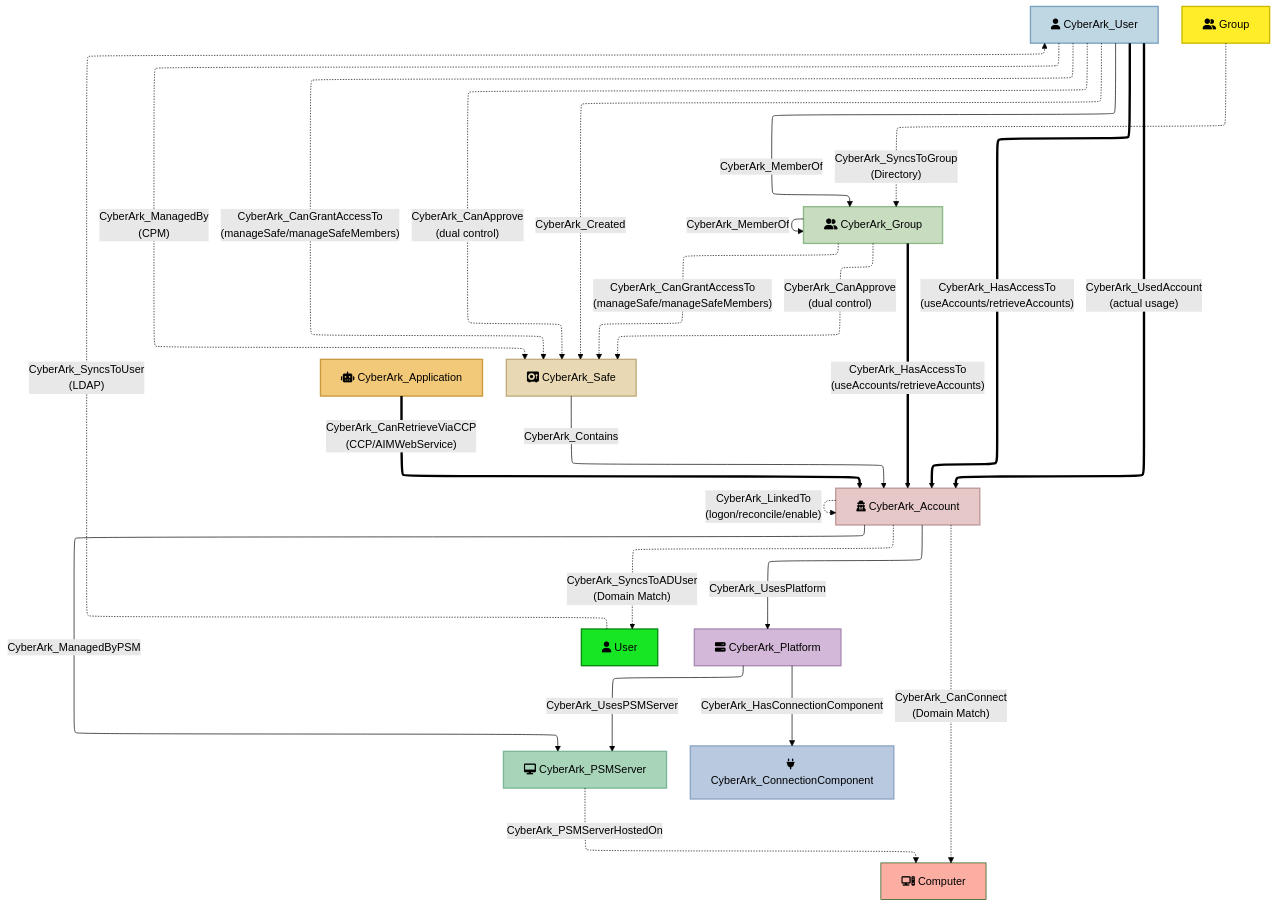
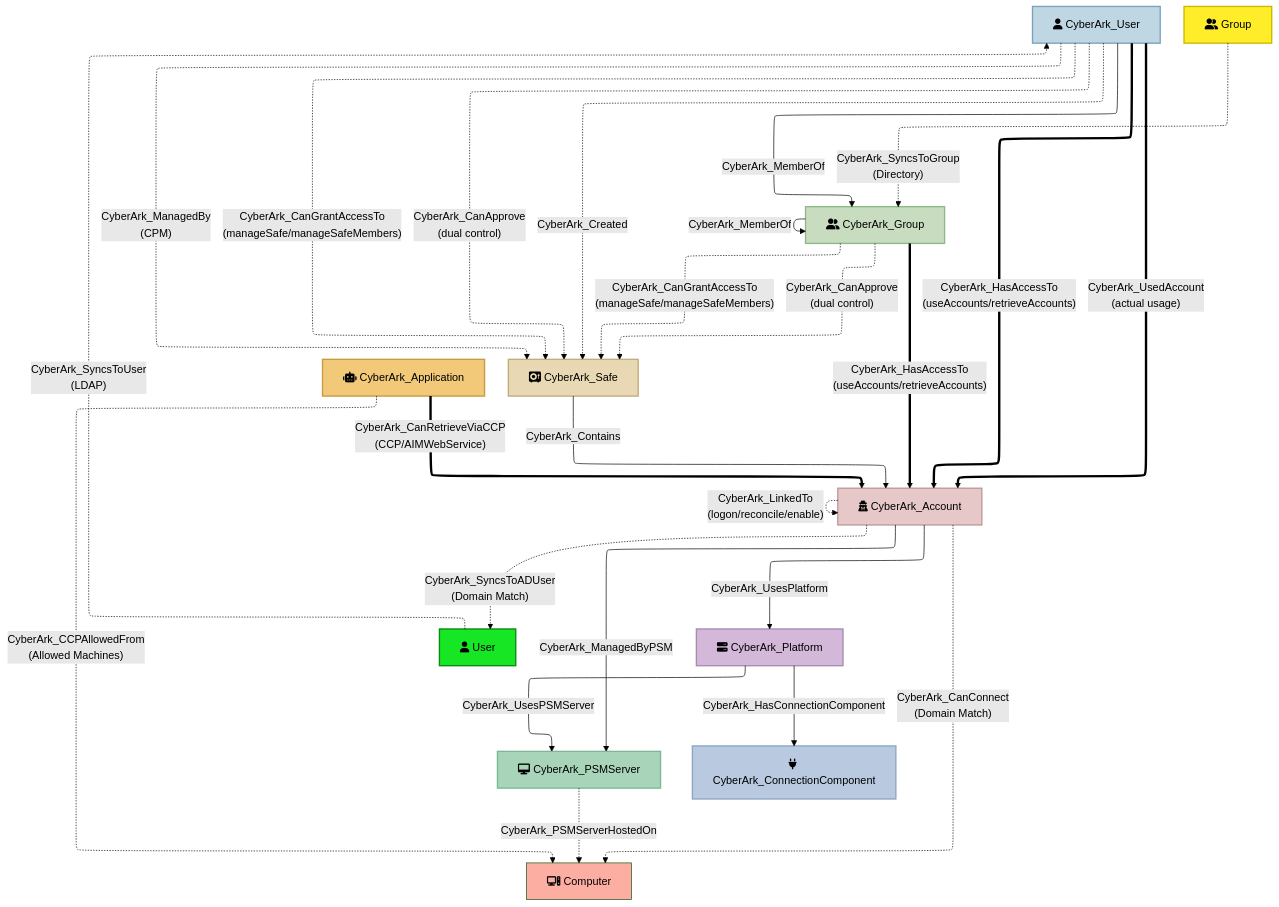
Before and after one commit to jazofra/CyberArkHound: the diagram in README.md, drawn with Mermaid (forest theme). The commit also changed other lines of this file and 13 other files, not shown here.

````diff
--- a/README.md
+++ b/README.md
@@ -808,41 +850,42 @@
 ```mermaid
 ---
 config:
  layout: elk
 ---
 flowchart TD
  User["fa:fa-user User"] -. CyberArk_SyncsToUser<br>(LDAP) .-> CyberArk_User["fa:fa-user CyberArk_User"]
  Group["fa:fa-user-group Group"] -. CyberArk_SyncsToGroup<br>(Directory) .-> CyberArk_Group["fa:fa-user-group CyberArk_Group"]
  CyberArk_Account["fa:fa-user-secret CyberArk_Account"] -. CyberArk_SyncsToADUser<br>(Domain Match) .-> User
  CyberArk_Account -. CyberArk_CanConnect<br>(Domain Match) .-> Computer["fa:fa-computer Computer"]
  CyberArk_User -- CyberArk_MemberOf --> CyberArk_Group
  CyberArk_Group -- CyberArk_MemberOf --> CyberArk_Group
  CyberArk_User == CyberArk_HasAccessTo<br>(useAccounts/retrieveAccounts) ==> CyberArk_Account
  CyberArk_Group == CyberArk_HasAccessTo<br>(useAccounts/retrieveAccounts) ==> CyberArk_Account
  CyberArk_Application["fa:fa-robot CyberArk_Application"] == CyberArk_CanRetrieveViaCCP<br>(CCP/AIMWebService) ==> CyberArk_Account
+ CyberArk_Application -. CyberArk_CCPAllowedFrom<br>(Allowed Machines) .-> Computer
  CyberArk_User == CyberArk_UsedAccount<br>(actual usage) ==> CyberArk_Account
  CyberArk_User -. CyberArk_CanGrantAccessTo<br>(manageSafe/manageSafeMembers) .-> CyberArk_Safe["fa:fa-vault CyberArk_Safe"]
  CyberArk_Group -. CyberArk_CanGrantAccessTo<br>(manageSafe/manageSafeMembers) .-> CyberArk_Safe
  CyberArk_User -. CyberArk_CanApprove<br>(dual control) .-> CyberArk_Safe
  CyberArk_Group -. CyberArk_CanApprove<br>(dual control) .-> CyberArk_Safe
  CyberArk_Safe -- CyberArk_Contains --> CyberArk_Account
  CyberArk_User -. CyberArk_Created .-> CyberArk_Safe
  CyberArk_User -. CyberArk_ManagedBy<br>(CPM) .-> CyberArk_Safe
  CyberArk_Account -. CyberArk_LinkedTo<br>(logon/reconcile/enable) .-> CyberArk_Account
  CyberArk_Account -- CyberArk_UsesPlatform --> CyberArk_Platform["fa:fa-server CyberArk_Platform"]
  CyberArk_Account -- CyberArk_ManagedByPSM --> CyberArk_PSMServer["fa:fa-desktop CyberArk_PSMServer"]
  CyberArk_Platform -- CyberArk_UsesPSMServer --> CyberArk_PSMServer
  CyberArk_Platform -- CyberArk_HasConnectionComponent --> CyberArk_ConnectionComponent["fa:fa-plug CyberArk_ConnectionComponent"]
  CyberArk_PSMServer -. CyberArk_PSMServerHostedOn .-> Computer
  style User fill:#17E625,stroke:#0B8A14,stroke-width:2px
  style Computer fill:#FCAEA3,stroke:DF7E71,stroke-widthg:2px
  style CyberArk_User fill:#BFD6E3,stroke:#7BA3C0,stroke-width:2px
  style Group fill:#FFED29,stroke:#CCB900,stroke-width:2px
  style CyberArk_Group fill:#C8DCC0,stroke:#8FB888,stroke-width:2px
  style CyberArk_Account fill:#E7C8C8,stroke:#C09999,stroke-width:2px
  style CyberArk_Safe fill:#E8D8B3,stroke:#C0AC7F,stroke-width:2px
  style CyberArk_Platform fill:#D4B8D9,stroke:#A98CB3,stroke-width:2px
  style CyberArk_PSMServer fill:#A8D5BA,stroke:#7BB898,stroke-width:2px
  style CyberArk_ConnectionComponent fill:#B8C9E0,stroke:#8EA6C4,stroke-width:2px
  style CyberArk_Application fill:#F2C879,stroke:#C99A3F,stroke-width:2px
 ```
````
